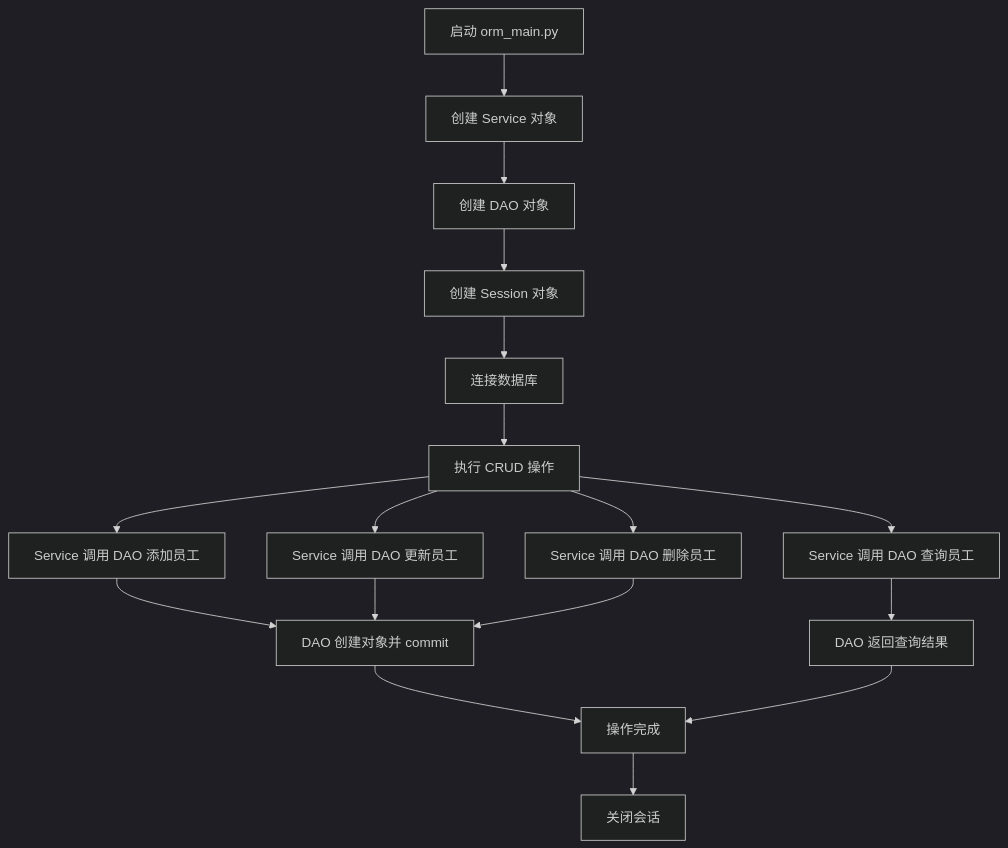
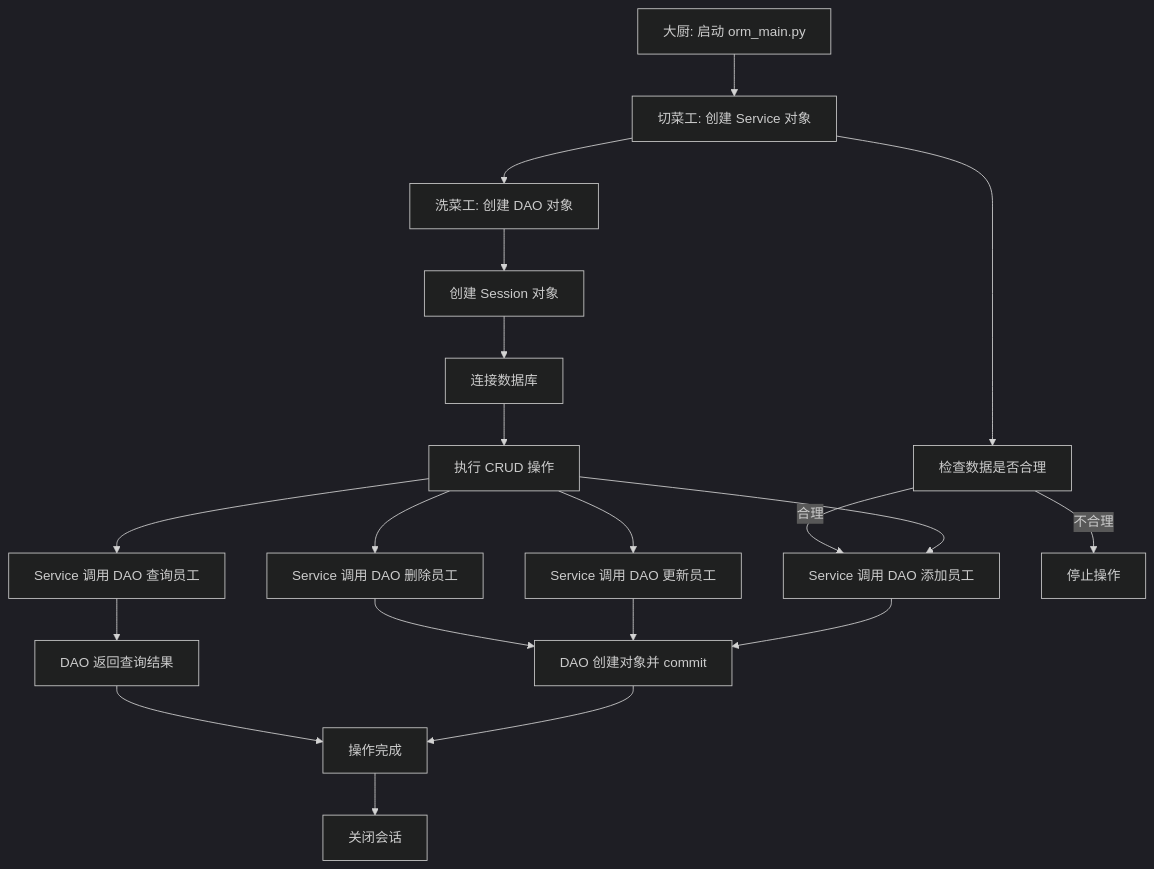
One commit to Tender-Liu/LinuxDevOps changed the third of 3 diagrams in MySQL数据库/Day6-MySQL-PythonORM.md. Above: the diagram before and after it, drawn with Mermaid (dark theme). The commit also changed other lines of this file and 2 other files, not shown here.

````diff
--- a/MySQL数据库/Day6-MySQL-PythonORM.md
+++ b/MySQL数据库/Day6-MySQL-PythonORM.md
@@ -551,19 +600,22 @@
 ```mermaid
 graph TD
-    A[启动 orm_main.py] --> B[创建 Service 对象]
-    B --> C[创建 DAO 对象]
+    A[大厨: 启动 orm_main.py] --> B[切菜工: 创建 Service 对象]
+    B --> C[洗菜工: 创建 DAO 对象]
     C --> D[创建 Session 对象]
     D --> E[连接数据库]
     E --> F[执行 CRUD 操作]
     F --> G[Service 调用 DAO 添加员工]
     F --> H[Service 调用 DAO 查询员工]
     F --> I[Service 调用 DAO 更新员工]
     F --> J[Service 调用 DAO 删除员工]
     G --> K[DAO 创建对象并 commit]
     I --> K
     J --> K
     H --> L[DAO 返回查询结果]
     K --> M[操作完成]
     L --> M
     M --> N[关闭会话]
+    B --> O[检查数据是否合理]
+    O -->|合理| G
+    O -->|不合理| P[停止操作]
 ```
````
